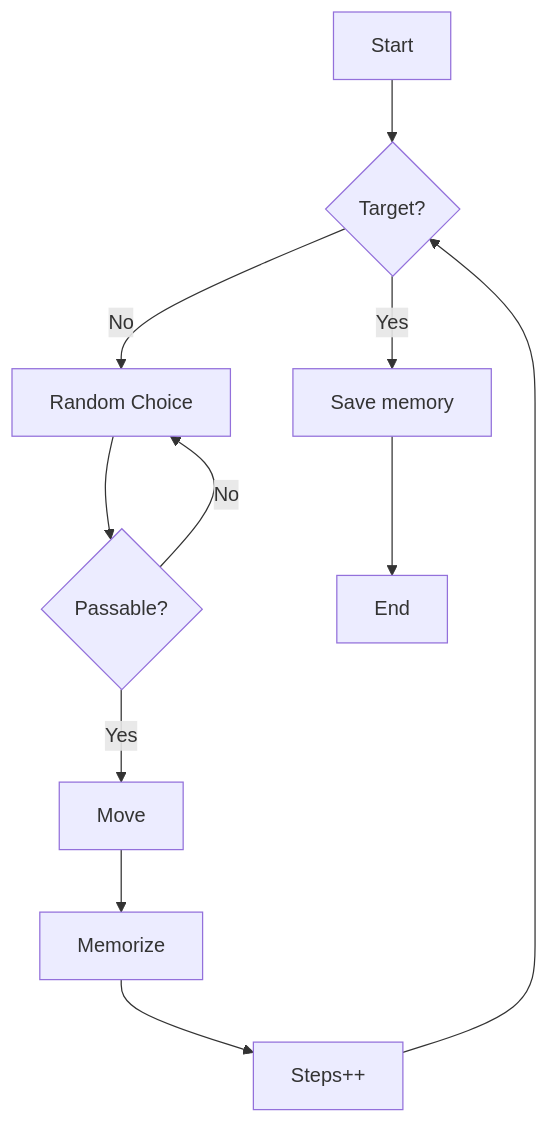
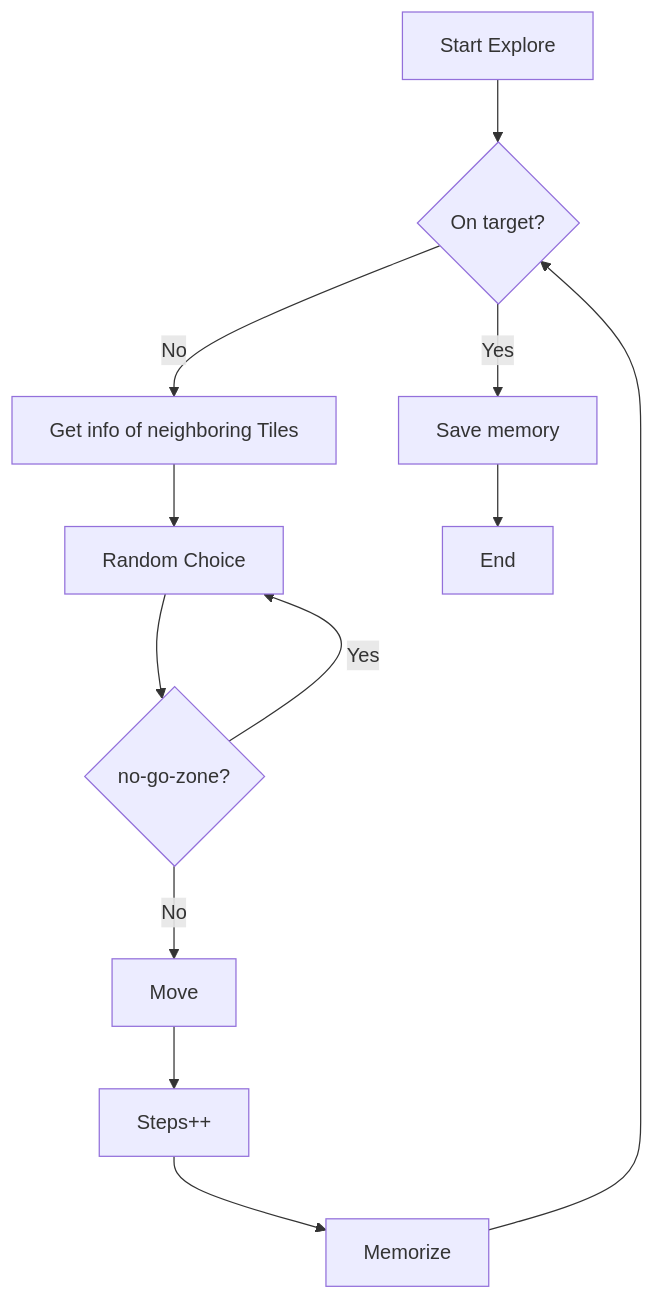
Before and after one commit to StoneBam/FHKiel_ML_WS2223: the third of 4 diagrams in reinforcement_learning/README.md, drawn with Mermaid. The commit also changed other lines of this file and 3 other files, not shown here.

````diff
--- a/reinforcement_learning/README.md
+++ b/reinforcement_learning/README.md
@@ -53,13 +53,12 @@
 ```mermaid
 graph TD
-    Start --> ChT
-    ChT{Target?} -- Yes --> Save
-    ChT -- No --> Rand[Random Choice]
-    Rand --> ChP{Passable?}
-    ChP -- No --> Rand
-    ChP -- Yes --> Move
-    Move --> Mem[Memorize]
-    Mem --> Count[Steps++]
-    Count --> ChT
+    Start["Start Explore"] --> ChT
+    ChT{On target?} -- Yes --> Save
+    ChT -- No --> Info["Get info of neighboring Tiles"] --> Rand[Random Choice]
+    Rand --> ChP{no-go-zone?}
+    ChP -- No --> Move
+    ChP -- Yes --> Rand
+    Move --> Count[Steps++] --> Mem[Memorize]
+    Mem --> ChT
     Save[Save memory] --> End
 ```
````
